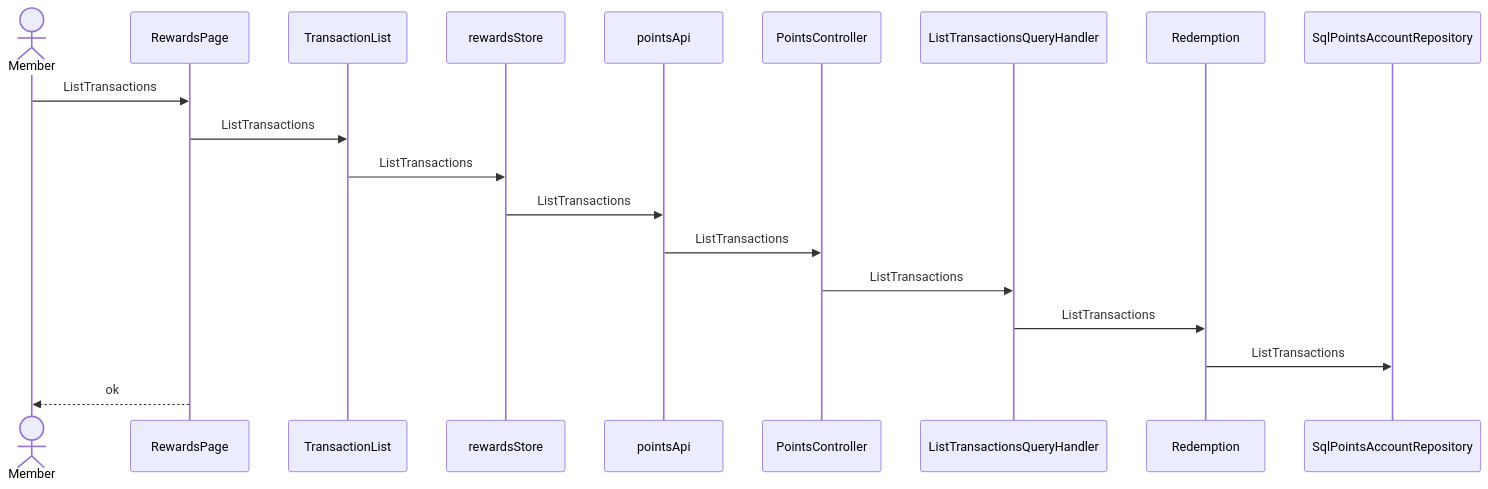
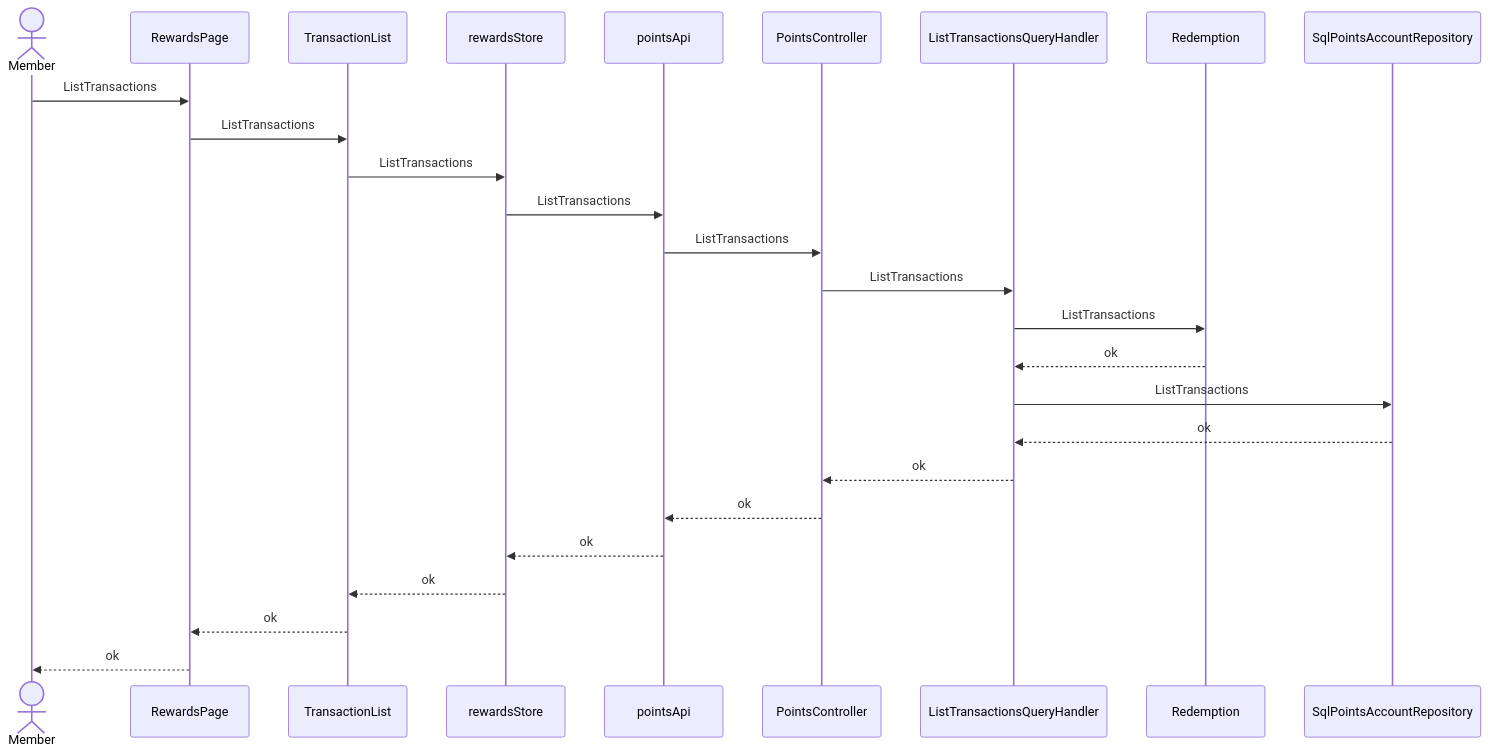
The sixth of 6 diagrams in skills/spec-dev-process/examples/matrix/fs-balance-en-s3/specs/rd/points-redemption/spec/30-architecture-c4.md (pin0513/AITools), drawn with Mermaid before and after one commit. The commit also changed other lines of this file and 257 other files, not shown here.

````diff
--- a/skills/spec-dev-process/examples/matrix/fs-balance-en-s3/specs/rd/points-redemption/spec/30-architecture-c4.md
+++ b/skills/spec-dev-process/examples/matrix/fs-balance-en-s3/specs/rd/points-redemption/spec/30-architecture-c4.md
@@ -152,21 +164,28 @@
 ```mermaid
 sequenceDiagram
   actor U as Member
   participant CMP001 as RewardsPage
   participant CMP003 as TransactionList
   participant CMP004 as rewardsStore
   participant CMP005 as pointsApi
   participant CMP006 as PointsController
   participant CMP009 as ListTransactionsQueryHandler
   participant CMP010 as Redemption
   participant CMP011 as SqlPointsAccountRepository
   U->>CMP001: ListTransactions
   CMP001->>CMP003: ListTransactions
   CMP003->>CMP004: ListTransactions
   CMP004->>CMP005: ListTransactions
   CMP005->>CMP006: ListTransactions
   CMP006->>CMP009: ListTransactions
   CMP009->>CMP010: ListTransactions
-  CMP010->>CMP011: ListTransactions
+  CMP010-->>CMP009: ok
+  CMP009->>CMP011: ListTransactions
+  CMP011-->>CMP009: ok
+  CMP009-->>CMP006: ok
+  CMP006-->>CMP005: ok
+  CMP005-->>CMP004: ok
+  CMP004-->>CMP003: ok
+  CMP003-->>CMP001: ok
   CMP001-->>U: ok
 ```
````
